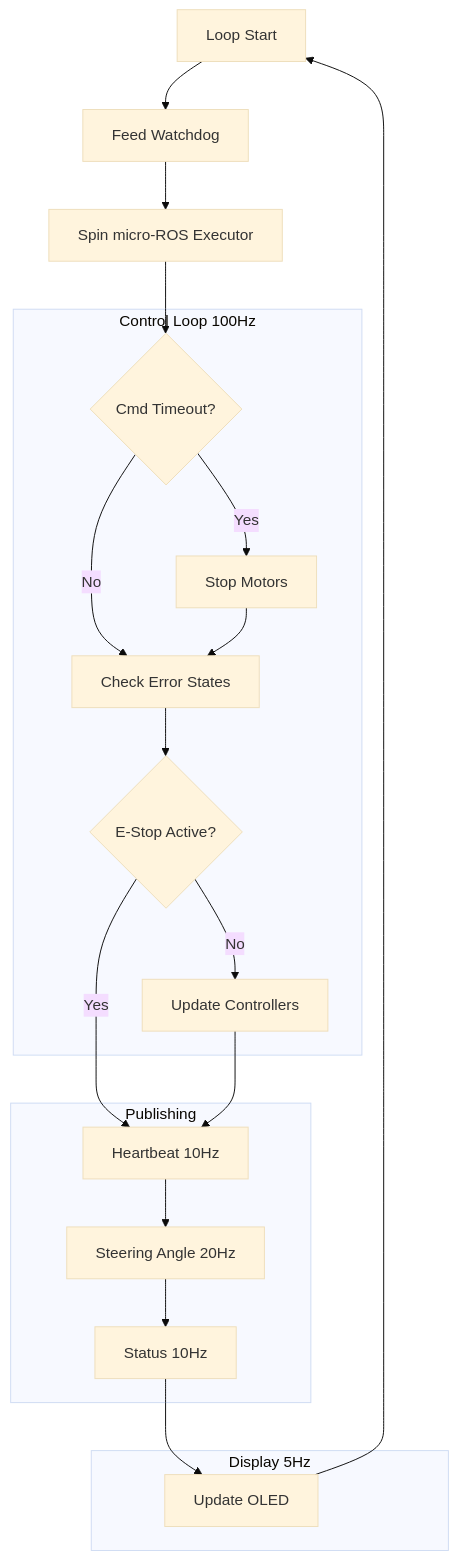
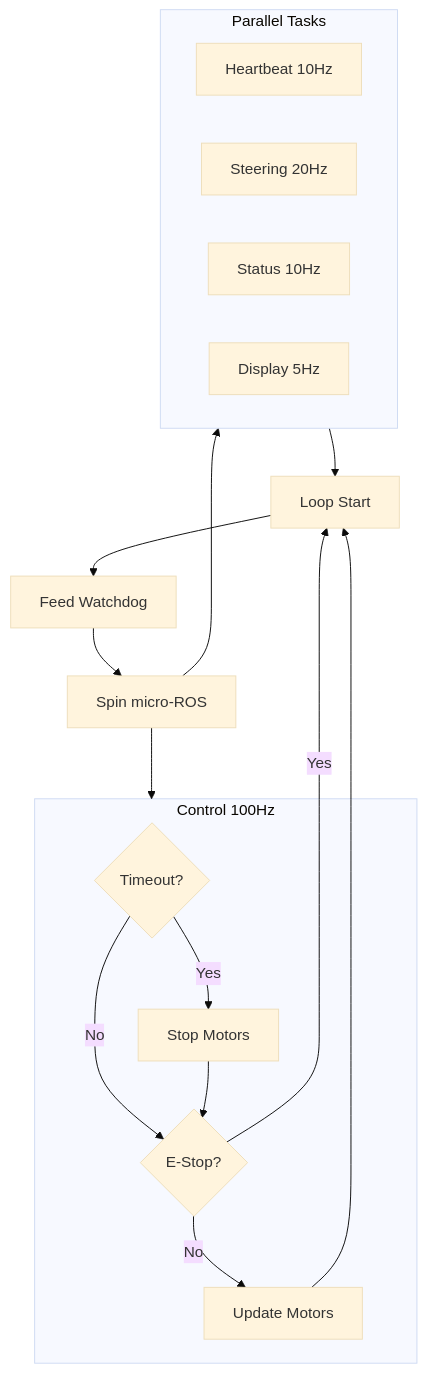
One commit to KashmeeraTT/Ackerman_UGV changed the tenth of 13 diagrams in SYSTEM_DOCUMENTATION.md. Above: the diagram before and after it, drawn with Mermaid (base theme). The commit also changed other lines of this file, not shown here.

Commit message:
docs: Simplify flowchart labels and structure, explicitly show parallel tasks, and invert safety hierarchy direction.

````diff
--- a/SYSTEM_DOCUMENTATION.md
+++ b/SYSTEM_DOCUMENTATION.md
@@ -464,39 +464,32 @@
 ```mermaid
 flowchart TB
     START[Loop Start]
     WDT[Feed Watchdog]
-    SPIN[Spin micro-ROS Executor]
+    SPIN[Spin micro-ROS]
     
-    subgraph Control[Control Loop 100Hz]
-        TIMEOUT{Cmd Timeout?}
+    subgraph Control[Control 100Hz]
+        TIMEOUT{Timeout?}
         STOP1[Stop Motors]
-        ERROR[Check Error States]
-        ESTOP{E-Stop Active?}
-        UPDATE[Update Controllers]
+        ESTOP{E-Stop?}
+        UPDATE[Update Motors]
     end
     
-    subgraph Publish[Publishing]
+    subgraph Parallel[Parallel Tasks]
         HB[Heartbeat 10Hz]
-        SA[Steering Angle 20Hz]
+        SA[Steering 20Hz]
         ST[Status 10Hz]
-    end
-    
-    subgraph Display[Display 5Hz]
-        DSP[Update OLED]
+        DSP[Display 5Hz]
     end
     
     START --> WDT
     WDT --> SPIN
-    SPIN --> TIMEOUT
+    SPIN --> Control
+    SPIN --> Parallel
     TIMEOUT -->|Yes| STOP1
-    TIMEOUT -->|No| ERROR
-    STOP1 --> ERROR
-    ERROR --> ESTOP
-    ESTOP -->|Yes| HB
+    TIMEOUT -->|No| ESTOP
+    STOP1 --> ESTOP
+    ESTOP -->|Yes| START
     ESTOP -->|No| UPDATE
-    UPDATE --> HB
-    HB --> SA
-    SA --> ST
-    ST --> DSP
-    DSP --> START
+    UPDATE --> START
+    Parallel --> START
 ```
````
